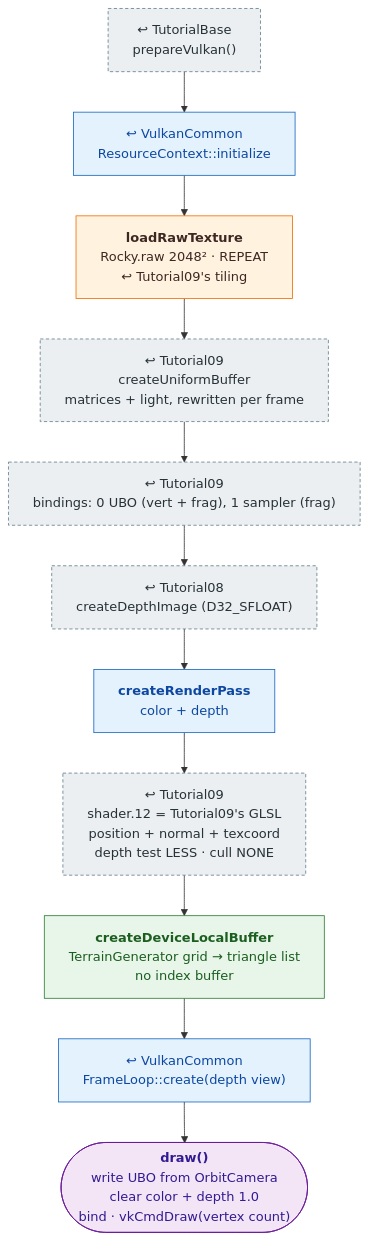
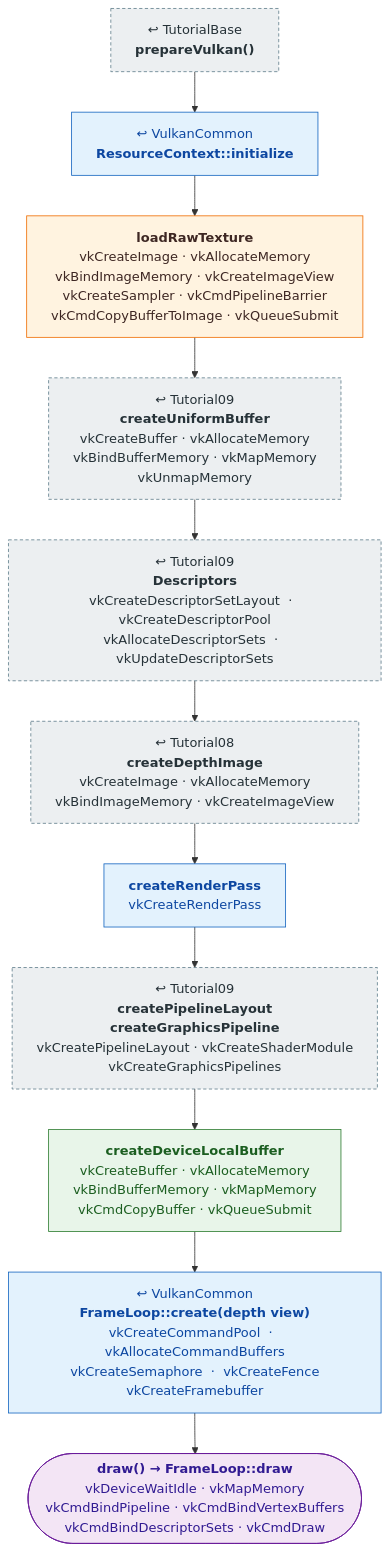
Before and after one commit to mehoggan/vulkan_graphix: the diagram in docs/pipeline/12_generated_terrain.md, drawn with Mermaid. The commit also changed other lines of this file and 24 other files, not shown here.

First line of the commit message:
docs: label pipeline boxes with the Vulkan calls each step makes

````diff
--- a/docs/pipeline/12_generated_terrain.md
+++ b/docs/pipeline/12_generated_terrain.md
@@ -12,23 +12,23 @@
 ```mermaid
 %%{init: {"flowchart": {"wrappingWidth": 400}}}%%
 flowchart TD
     classDef reused fill:#eceff1,stroke:#607d8b,stroke-dasharray:4 3,color:#263238
     classDef changed fill:#fff3e0,stroke:#ef6c00,color:#3e2723
     classDef new fill:#e8f5e9,stroke:#2e7d32,color:#1b5e20
     classDef shared fill:#e3f2fd,stroke:#1565c0,color:#0d47a1
     classDef frame fill:#f3e5f5,stroke:#6a1b9a,color:#311b92
 
-    BASE["↩ TutorialBase<br/>prepareVulkan()"]:::reused
-    RC["↩ VulkanCommon<br/>ResourceContext::initialize"]:::shared
-    TEX["<b>loadRawTexture</b><br/>Rocky.raw 2048² · REPEAT<br/>↩ Tutorial09's tiling"]:::changed
-    UBO["↩ Tutorial09<br/>createUniformBuffer<br/>matrices + light, rewritten per frame"]:::reused
-    DESC["↩ Tutorial09<br/>bindings: 0 UBO (vert + frag), 1 sampler (frag)"]:::reused
-    DEPTH["↩ Tutorial08<br/>createDepthImage (D32_SFLOAT)"]:::reused
-    RP["<b>createRenderPass</b><br/>color + depth"]:::shared
-    PIPE["↩ Tutorial09<br/>shader.12 = Tutorial09's GLSL<br/>position + normal + texcoord<br/>depth test LESS · cull NONE"]:::reused
-    VB["<b>createDeviceLocalBuffer</b><br/>TerrainGenerator grid → triangle list<br/>no index buffer"]:::new
-    FL["↩ VulkanCommon<br/>FrameLoop::create(depth view)"]:::shared
-    DRAW(["<b>draw()</b><br/>write UBO from OrbitCamera<br/>clear color + depth 1.0<br/>bind · vkCmdDraw(vertex count)"]):::frame
+    BASE["↩ TutorialBase<br/><b>prepareVulkan()</b>"]:::reused
+    RC["↩ VulkanCommon<br/><b>ResourceContext::initialize</b>"]:::shared
+    TEX["<b>loadRawTexture</b><br/>vkCreateImage  ·  vkAllocateMemory<br/>vkBindImageMemory  ·  vkCreateImageView<br/>vkCreateSampler  ·  vkCmdPipelineBarrier<br/>vkCmdCopyBufferToImage  ·  vkQueueSubmit"]:::changed
+    UBO["↩ Tutorial09<br/><b>createUniformBuffer</b><br/>vkCreateBuffer  ·  vkAllocateMemory<br/>vkBindBufferMemory  ·  vkMapMemory<br/>vkUnmapMemory"]:::reused
+    DESC["↩ Tutorial09<br/><b>Descriptors</b><br/>vkCreateDescriptorSetLayout  ·  vkCreateDescriptorPool<br/>vkAllocateDescriptorSets  ·  vkUpdateDescriptorSets"]:::reused
+    DEPTH["↩ Tutorial08<br/><b>createDepthImage</b><br/>vkCreateImage  ·  vkAllocateMemory<br/>vkBindImageMemory  ·  vkCreateImageView"]:::reused
+    RP["<b>createRenderPass</b><br/>vkCreateRenderPass"]:::shared
+    PIPE["↩ Tutorial09<br/><b>createPipelineLayout</b><br/><b>createGraphicsPipeline</b><br/>vkCreatePipelineLayout  ·  vkCreateShaderModule<br/>vkCreateGraphicsPipelines"]:::reused
+    VB["<b>createDeviceLocalBuffer</b><br/>vkCreateBuffer  ·  vkAllocateMemory<br/>vkBindBufferMemory  ·  vkMapMemory<br/>vkCmdCopyBuffer  ·  vkQueueSubmit"]:::new
+    FL["↩ VulkanCommon<br/><b>FrameLoop::create(depth view)</b><br/>vkCreateCommandPool  ·  vkAllocateCommandBuffers<br/>vkCreateSemaphore  ·  vkCreateFence<br/>vkCreateFramebuffer"]:::shared
+    DRAW(["<b>draw() → FrameLoop::draw</b><br/>vkDeviceWaitIdle  ·  vkMapMemory<br/>vkCmdBindPipeline  ·  vkCmdBindVertexBuffers<br/>vkCmdBindDescriptorSets  ·  vkCmdDraw"]):::frame
 
     BASE --> RC --> TEX --> UBO --> DESC --> DEPTH --> RP --> PIPE --> VB --> FL --> DRAW
 ```
````
